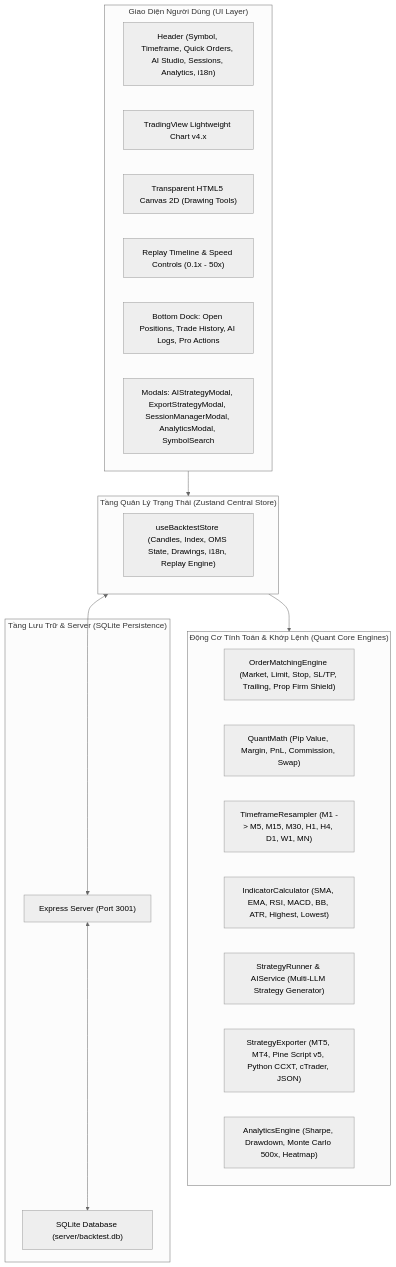
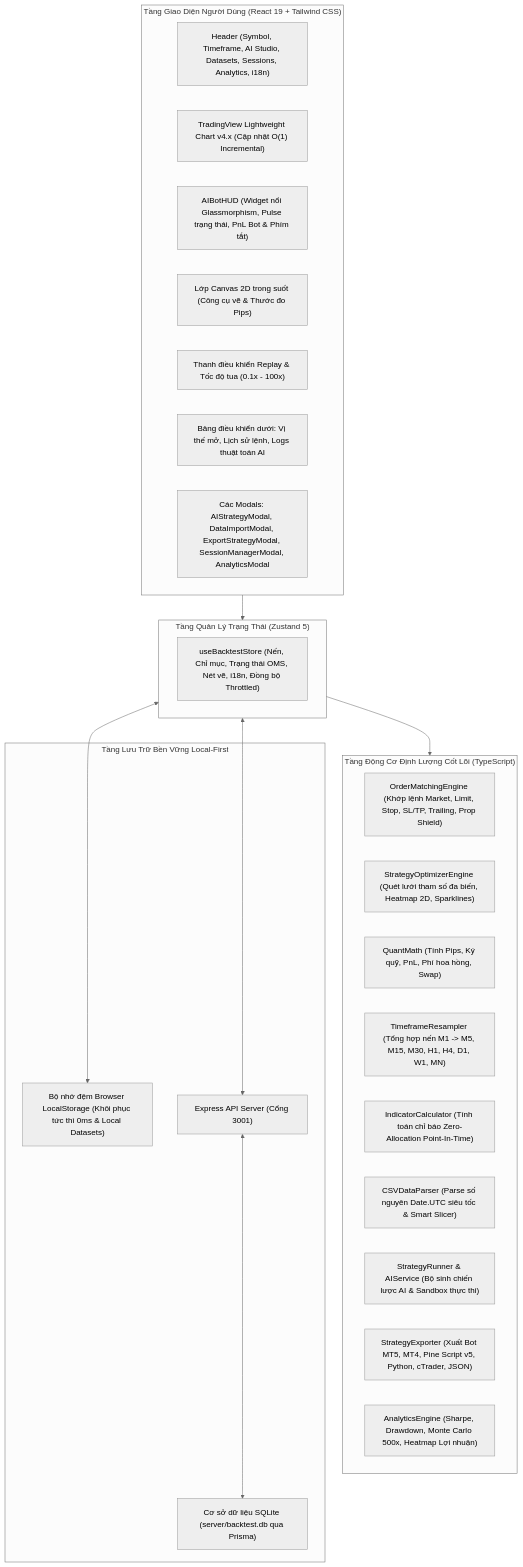
One commit to thieucong98/quant-backtest-pro changed the diagram in docs/vi/ARCHITECTURE.md. Above: the diagram before and after it, drawn with Mermaid (neutral theme). The commit also changed other lines of this file and 23 other files, not shown here.

First line of the commit message:
feat: AI Strategy Optimizer, 60fps Replay Engine & Data Import Manager 2.0 (#2)

````diff
--- a/docs/vi/ARCHITECTURE.md
+++ b/docs/vi/ARCHITECTURE.md
@@ -28,35 +30,40 @@
 ```mermaid
 graph TB
-    subgraph UI_LAYER["Giao Diện Người Dùng (UI Layer)"]
-        Header["Header (Symbol, Timeframe, Quick Orders, AI Studio, Sessions, Analytics, i18n)"]
-        Chart["TradingView Lightweight Chart v4.x"]
-        CanvasOverlay["Transparent HTML5 Canvas 2D (Drawing Tools)"]
-        ReplayBar["Replay Timeline & Speed Controls (0.1x - 50x)"]
-        PositionsTable["Bottom Dock: Open Positions, Trade History, AI Logs, Pro Actions"]
-        Modals["Modals: AIStrategyModal, ExportStrategyModal, SessionManagerModal, AnalyticsModal, SymbolSearch"]
+    subgraph UI_LAYER["Tầng Giao Diện Người Dùng (React 19 + Tailwind CSS)"]
+        Header["Header (Symbol, Timeframe, AI Studio, Datasets, Sessions, Analytics, i18n)"]
+        Chart["TradingView Lightweight Chart v4.x (Cập nhật O(1) Incremental)"]
+        FloatingHUD["AIBotHUD (Widget nổi Glassmorphism, Pulse trạng thái, PnL Bot & Phím tắt)"]
+        CanvasOverlay["Lớp Canvas 2D trong suốt (Công cụ vẽ & Thước đo Pips)"]
+        ReplayBar["Thanh điều khiển Replay & Tốc độ tua (0.1x - 100x)"]
+        PositionsTable["Bảng điều khiển dưới: Vị thế mở, Lịch sử lệnh, Logs thuật toán AI"]
+        Modals["Các Modals: AIStrategyModal, DataImportModal, ExportStrategyModal, SessionManagerModal, AnalyticsModal"]
     end
 
-    subgraph STATE_LAYER["Tầng Quản Lý Trạng Thái (Zustand Central Store)"]
-        BacktestStore["useBacktestStore (Candles, Index, OMS State, Drawings, i18n, Replay Engine)"]
+    subgraph STATE_LAYER["Tầng Quản Lý Trạng Thái (Zustand 5)"]
+        BacktestStore["useBacktestStore (Nến, Chỉ mục, Trạng thái OMS, Nét vẽ, i18n, Đồng bộ Throttled)"]
     end
 
-    subgraph ENGINE_LAYER["Động Cơ Tính Toán & Khớp Lệnh (Quant Core Engines)"]
-        MatchingEngine["OrderMatchingEngine (Market, Limit, Stop, SL/TP, Trailing, Prop Firm Shield)"]
-        QuantMath["QuantMath (Pip Value, Margin, PnL, Commission, Swap)"]
-        Resampler["TimeframeResampler (M1 -> M5, M15, M30, H1, H4, D1, W1, MN)"]
-        IndicatorEngine["IndicatorCalculator (SMA, EMA, RSI, MACD, BB, ATR, Highest, Lowest)"]
-        AISandbox["StrategyRunner & AIService (Multi-LLM Strategy Generator)"]
-        ExporterEngine["StrategyExporter (MT5, MT4, Pine Script v5, Python CCXT, cTrader, JSON)"]
-        AnalyticsEngine["AnalyticsEngine (Sharpe, Drawdown, Monte Carlo 500x, Heatmap)"]
+    subgraph ENGINE_LAYER["Tầng Động Cơ Định Lượng Cốt Lõi (TypeScript)"]
+        MatchingEngine["OrderMatchingEngine (Khớp lệnh Market, Limit, Stop, SL/TP, Trailing, Prop Shield)"]
+        OptimizerEngine["StrategyOptimizerEngine (Quét lưới tham số đa biến, Heatmap 2D, Sparklines)"]
+        QuantMath["QuantMath (Tính Pips, Ký quỹ, PnL, Phí hoa hồng, Swap)"]
+        Resampler["TimeframeResampler (Tổng hợp nến M1 -> M5, M15, M30, H1, H4, D1, W1, MN)"]
+        IndicatorEngine["IndicatorCalculator (Tính toán chỉ báo Zero-Allocation Point-In-Time)"]
+        CSVParser["CSVDataParser (Parse số nguyên Date.UTC siêu tốc & Smart Slicer)"]
+        AISandbox["StrategyRunner & AIService (Bộ sinh chiến lược AI & Sandbox thực thi)"]
+        ExporterEngine["StrategyExporter (Xuất Bot MT5, MT4, Pine Script v5, Python, cTrader, JSON)"]
+        AnalyticsEngine["AnalyticsEngine (Sharpe, Drawdown, Monte Carlo 500x, Heatmap Lợi nhuận)"]
     end
 
-    subgraph STORAGE_LAYER["Tầng Lưu Trữ & Server (SQLite Persistence)"]
-        BackendServer["Express Server (Port 3001)"]
-        SQLiteDB["SQLite Database (server/backtest.db)"]
+    subgraph STORAGE_LAYER["Tầng Lưu Trữ Bền Vững Local-First"]
+        LocalCache["Bộ nhớ đệm Browser LocalStorage (Khôi phục tức thì 0ms & Local Datasets)"]
+        BackendServer["Express API Server (Cổng 3001)"]
+        SQLiteDB["Cơ sở dữ liệu SQLite (server/backtest.db qua Prisma)"]
     end
 
     UI_LAYER --> STATE_LAYER
     STATE_LAYER --> ENGINE_LAYER
+    STATE_LAYER <--> LocalCache
     STATE_LAYER <--> BackendServer
     BackendServer <--> SQLiteDB
 ```
````
